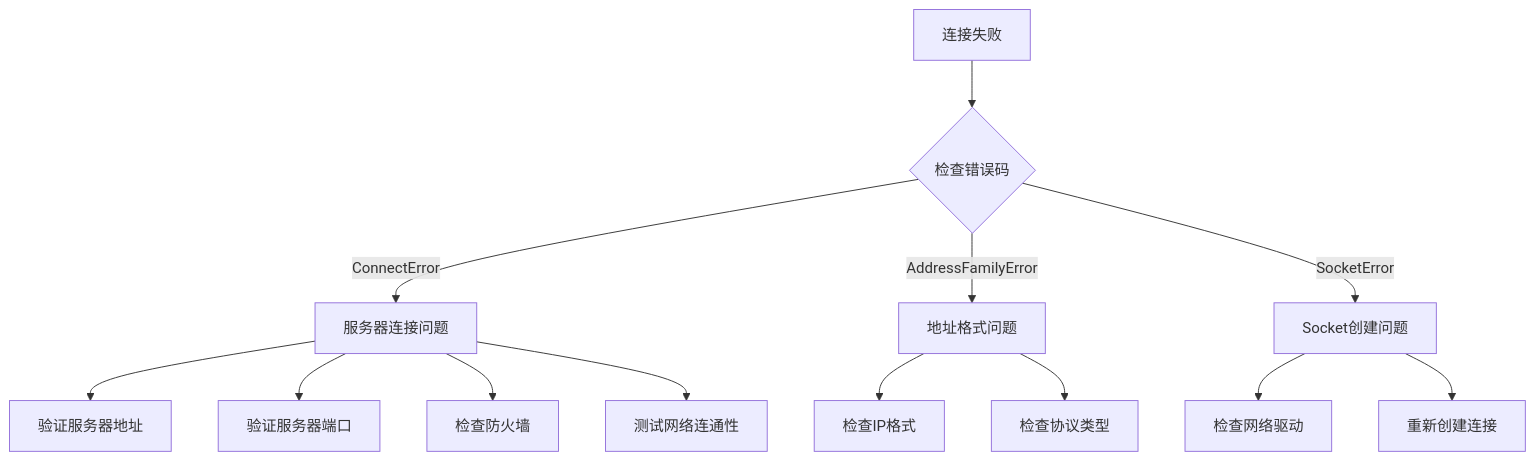
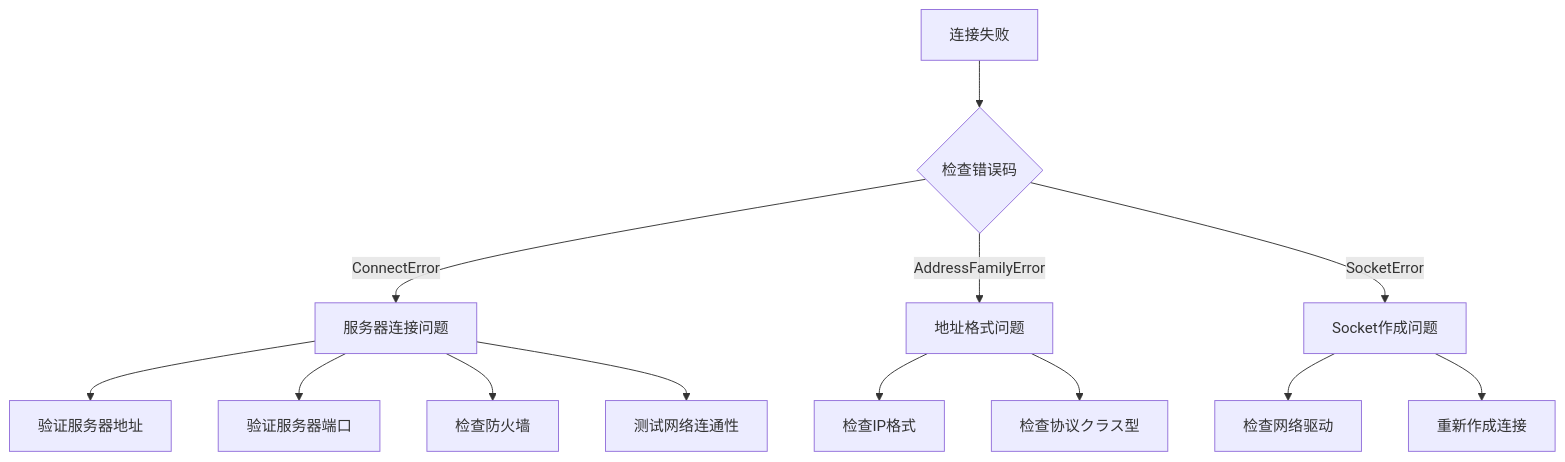
One commit to AlianBlank/GameFrameX.Docs changed the diagram in docs/ja/client/unity/component/network/13.troubleshooting.md. Above: the diagram before and after it, drawn with Mermaid. The commit also changed other lines of this file and 603 other files, not shown here.

````diff
--- a/docs/ja/client/unity/component/network/13.troubleshooting.md
+++ b/docs/ja/client/unity/component/network/13.troubleshooting.md
@@ -66,18 +66,18 @@
 ```mermaid
 flowchart TD
     A[连接失败] --> B{检查错误码}
     B -->|ConnectError| C[服务器连接问题]
     B -->|AddressFamilyError| D[地址格式问题]
-    B -->|SocketError| E[Socket创建问题]
+    B -->|SocketError| E[Socket作成问题]
     
     C --> C1[验证服务器地址]
     C --> C2[验证服务器端口]
     C --> C3[检查防火墙]
     C --> C4[测试网络连通性]
     
     D --> D1[检查IP格式]
-    D --> D2[检查协议类型]
+    D --> D2[检查协议クラス型]
     
     E --> E1[检查网络驱动]
-    E --> E2[重新创建连接]
+    E --> E2[重新作成连接]
 ```
````
